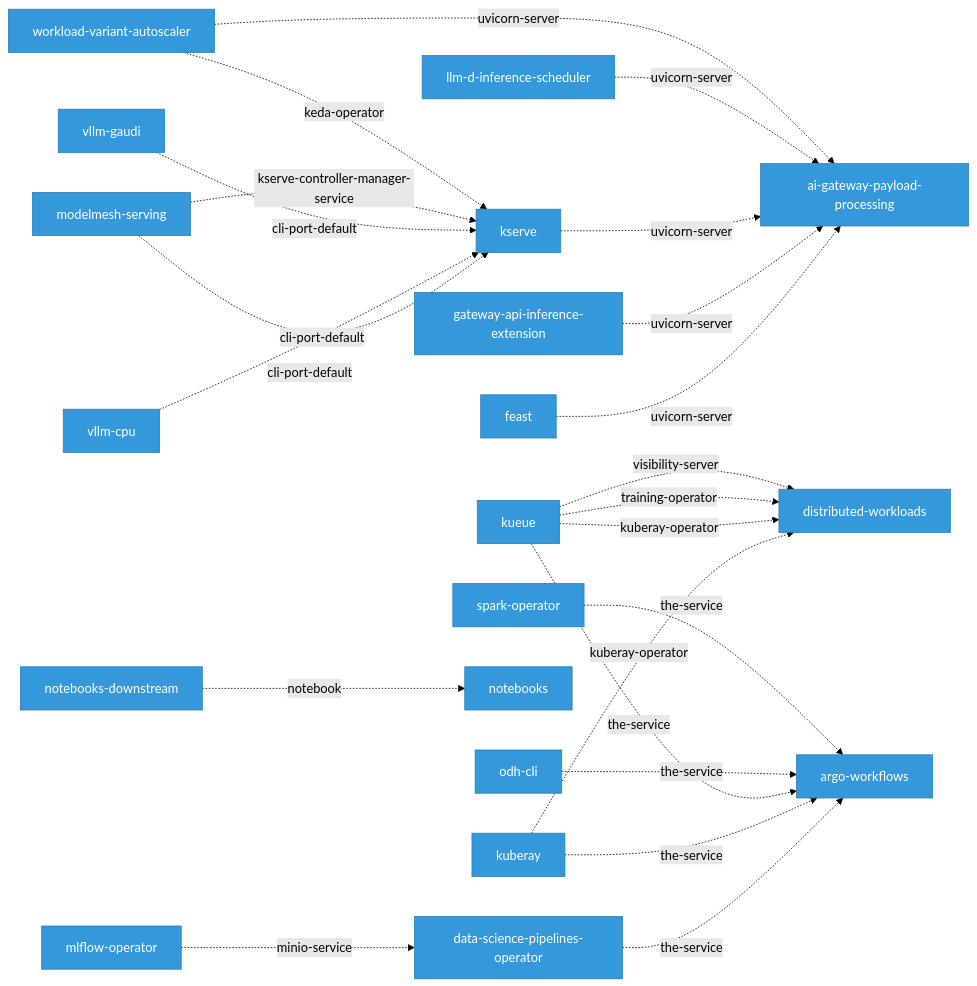
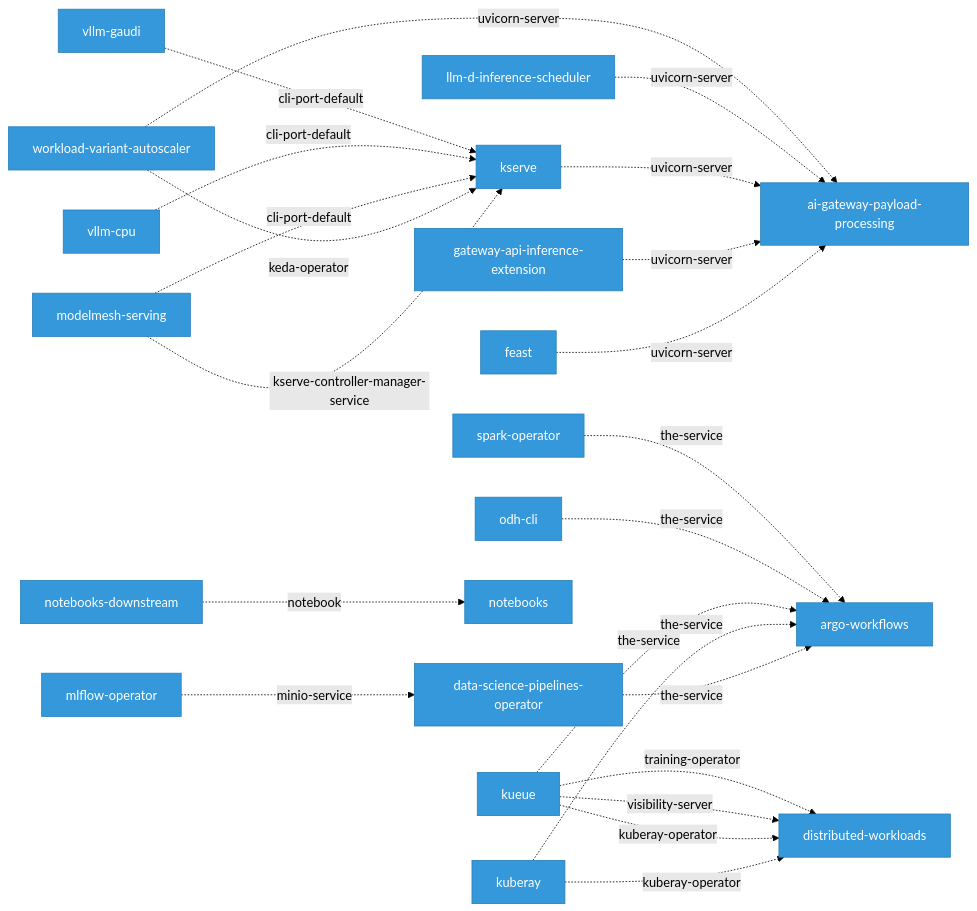
One commit to ugiordan/rhoai-architecture-analyzer changed the diagram in site/docs/use-cases/rhoai-platform/network-topology.md. Above: the diagram before and after it, drawn with Mermaid (forest theme). The commit also changed other lines of this file and 331 other files, not shown here.

````diff
--- a/site/docs/use-cases/rhoai-platform/network-topology.md
+++ b/site/docs/use-cases/rhoai-platform/network-topology.md
@@ -36,46 +36,46 @@
 ```mermaid
 graph LR
     classDef comp fill:#3498db,stroke:#2980b9,color:#fff
 
     ai_gateway_payload_processing["ai-gateway-payload-processing"]:::comp
     argo_workflows["argo-workflows"]:::comp
     data_science_pipelines_operator["data-science-pipelines-operator"]:::comp
     distributed_workloads["distributed-workloads"]:::comp
     feast["feast"]:::comp
     gateway_api_inference_extension["gateway-api-inference-extension"]:::comp
     kserve["kserve"]:::comp
     kuberay["kuberay"]:::comp
     kueue["kueue"]:::comp
     llm_d_inference_scheduler["llm-d-inference-scheduler"]:::comp
     mlflow_operator["mlflow-operator"]:::comp
     modelmesh_serving["modelmesh-serving"]:::comp
     notebooks["notebooks"]:::comp
     notebooks_downstream["notebooks-downstream"]:::comp
     odh_cli["odh-cli"]:::comp
     spark_operator["spark-operator"]:::comp
     vllm_cpu["vllm-cpu"]:::comp
     vllm_gaudi["vllm-gaudi"]:::comp
     workload_variant_autoscaler["workload-variant-autoscaler"]:::comp
 
+    data_science_pipelines_operator -.->|"the-service"| argo_workflows
+    kuberay -.->|"the-service"| argo_workflows
+    kueue -.->|"the-service"| argo_workflows
+    odh_cli -.->|"the-service"| argo_workflows
+    spark_operator -.->|"the-service"| argo_workflows
+    modelmesh_serving -.->|"kserve-controller-manager-service"| kserve
+    kuberay -.->|"kuberay-operator"| distributed_workloads
+    kueue -.->|"kuberay-operator"| distributed_workloads
+    workload_variant_autoscaler -.->|"keda-operator"| kserve
+    mlflow_operator -.->|"minio-service"| data_science_pipelines_operator
+    kueue -.->|"visibility-server"| distributed_workloads
     feast -.->|"uvicorn-server"| ai_gateway_payload_processing
     gateway_api_inference_extension -.->|"uvicorn-server"| ai_gateway_payload_processing
     kserve -.->|"uvicorn-server"| ai_gateway_payload_processing
     llm_d_inference_scheduler -.->|"uvicorn-server"| ai_gateway_payload_processing
     workload_variant_autoscaler -.->|"uvicorn-server"| ai_gateway_payload_processing
     modelmesh_serving -.->|"cli-port-default"| kserve
     vllm_cpu -.->|"cli-port-default"| kserve
     vllm_gaudi -.->|"cli-port-default"| kserve
+    kueue -.->|"training-operator"| distributed_workloads
     notebooks_downstream -.->|"notebook"| notebooks
-    kuberay -.->|"kuberay-operator"| distributed_workloads
-    kueue -.->|"kuberay-operator"| distributed_workloads
-    kueue -.->|"training-operator"| distributed_workloads
-    modelmesh_serving -.->|"kserve-controller-manager-service"| kserve
-    data_science_pipelines_operator -.->|"the-service"| argo_workflows
-    kuberay -.->|"the-service"| argo_workflows
-    kueue -.->|"the-service"| argo_workflows
-    odh_cli -.->|"the-service"| argo_workflows
-    spark_operator -.->|"the-service"| argo_workflows
-    mlflow_operator -.->|"minio-service"| data_science_pipelines_operator
-    kueue -.->|"visibility-server"| distributed_workloads
-    workload_variant_autoscaler -.->|"keda-operator"| kserve
 ```
````
